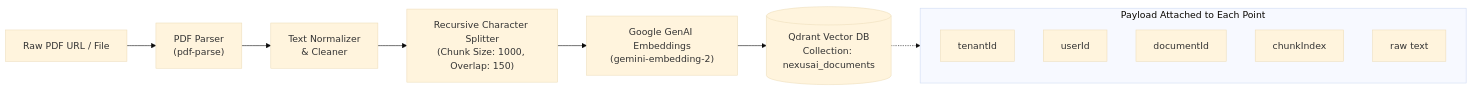
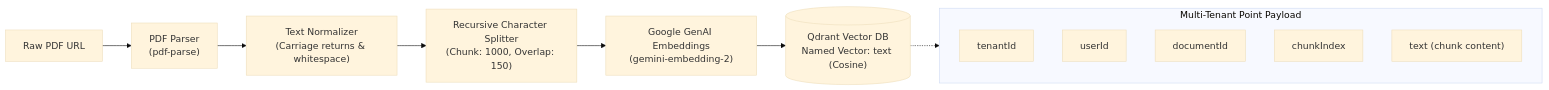
One commit to NishantSingh-01/Axon changed the first of 3 diagrams in packages/ai/Readme.md. Above: the diagram before and after it, drawn with Mermaid (base theme). The commit also changed other lines of this file, not shown here.

Commit message:
feat: add comprehensive documentation and architecture guide for AI engine package

````diff
--- a/packages/ai/Readme.md
+++ b/packages/ai/Readme.md
@@ -50,17 +66,17 @@
 ```mermaid
 flowchart LR
-    A["Raw PDF URL / File"] --> B["PDF Parser\n(pdf-parse)"]
-    B --> C["Text Normalizer\n& Cleaner"]
-    C --> D["Recursive Character Splitter\n(Chunk Size: 1000, Overlap: 150)"]
+    A["Raw PDF URL"] --> B["PDF Parser\n(pdf-parse)"]
+    B --> C["Text Normalizer\n(Carriage returns & whitespace)"]
+    C --> D["Recursive Character Splitter\n(Chunk: 1000, Overlap: 150)"]
     D --> E["Google GenAI Embeddings\n(gemini-embedding-2)"]
-    E --> F[("Qdrant Vector DB\nCollection: nexusai_documents")]
+    E --> F[("Qdrant Vector DB\nNamed Vector: text (Cosine)")]
     
-    subgraph Payload ["Payload Attached to Each Point"]
+    subgraph Payload ["Multi-Tenant Point Payload"]
         P1["tenantId"]
         P2["userId"]
         P3["documentId"]
         P4["chunkIndex"]
-        P5["raw text"]
+        P5["text (chunk content)"]
     end
     F -.-> Payload
 ```
````
